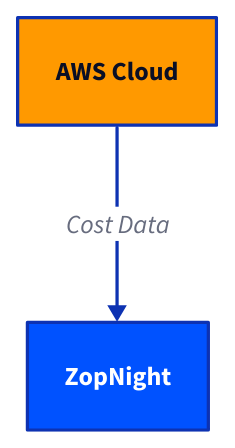
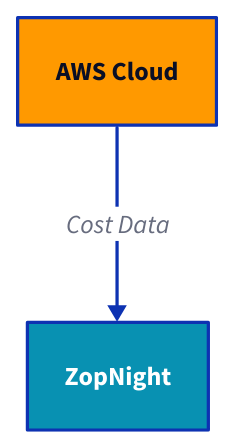
The first of 2 diagrams in docs/QUICKSTART_GUIDE.md (muskanbandta23/zopebooks), drawn with D2 before and after one commit. The commit also changed other lines of this file and 53 other files, not shown here.

````diff
--- a/docs/QUICKSTART_GUIDE.md
+++ b/docs/QUICKSTART_GUIDE.md
@@ -77,12 +77,12 @@
 ```{d2}
 aws: AWS Cloud {
   style.fill: "#FF9900"
 }
 
 zopnight: ZopNight {
-  style.fill: "#0052FF"
+  style.fill: "#0891b2"
   style.font-color: "#ffffff"
 }
 
 aws -> zopnight: Cost Data
 ```
````
